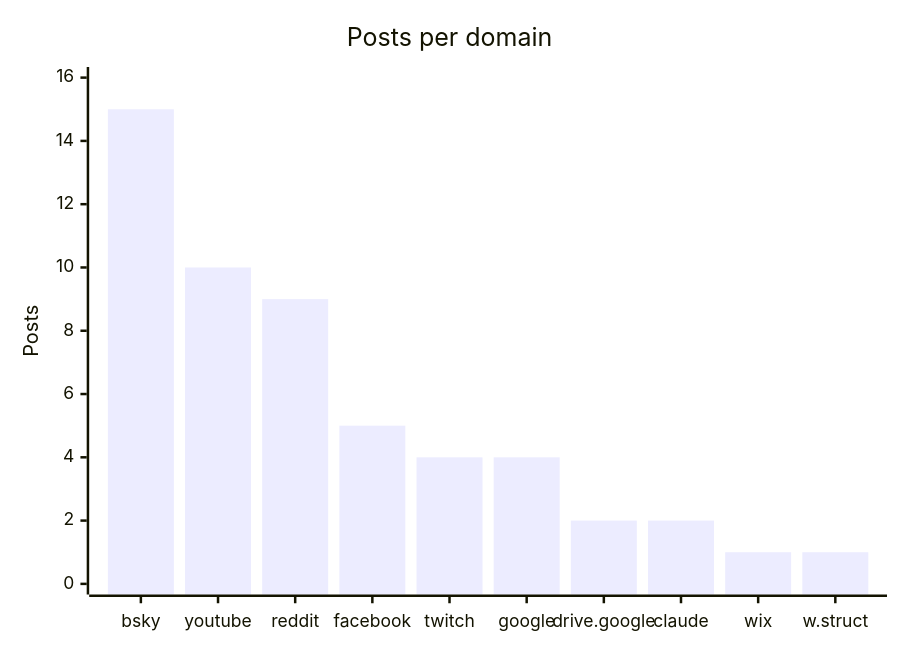
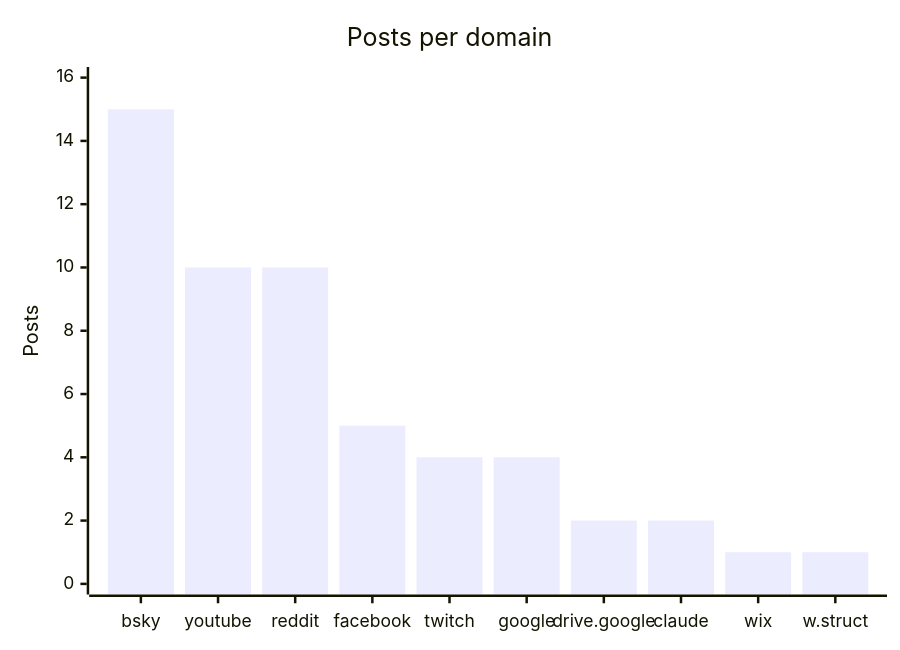
Before and after one commit to martinbalfanz/social-scanner-reports: the fourth of 4 diagrams in README.md, drawn with Mermaid. The commit also changed other lines of this file and 2 other files, not shown here.

````diff
--- a/README.md
+++ b/README.md
@@ -58,7 +58,7 @@
 ```mermaid
 xychart-beta
     title "Posts per domain"
     x-axis ["bsky", "youtube", "reddit", "facebook", "twitch", "google", "drive.google", "claude", "wix", "w.struct"]
     y-axis "Posts" 0 --> 16
-    bar [15, 10, 9, 5, 4, 4, 2, 2, 1, 1]
+    bar [15, 10, 10, 5, 4, 4, 2, 2, 1, 1]
 ```
````
